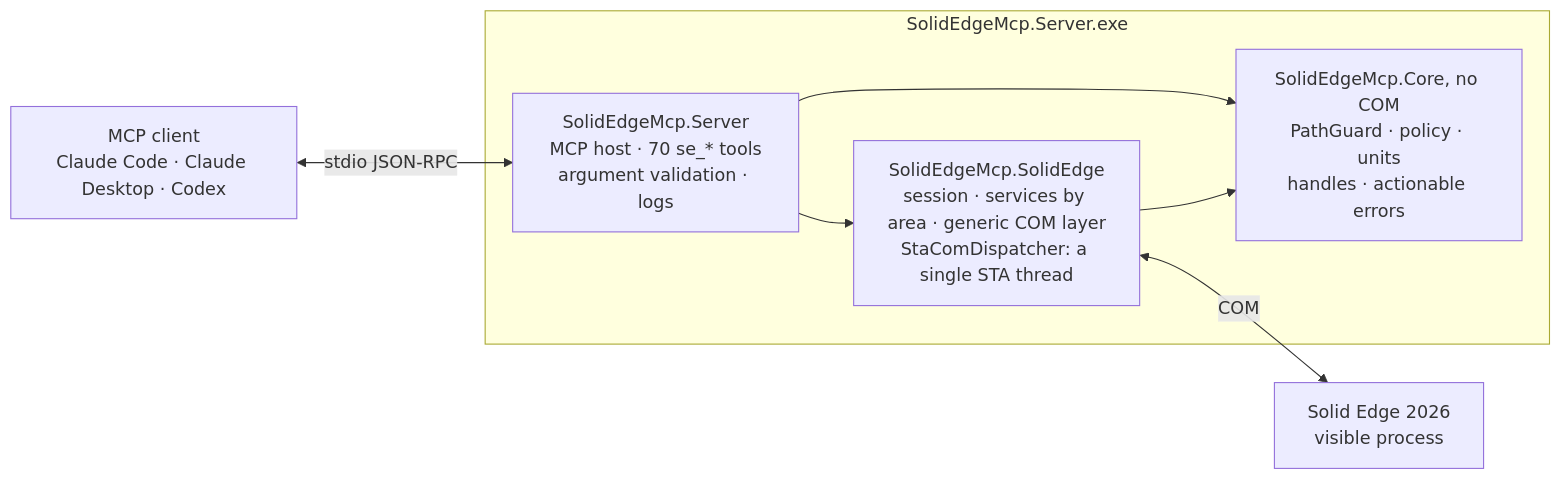
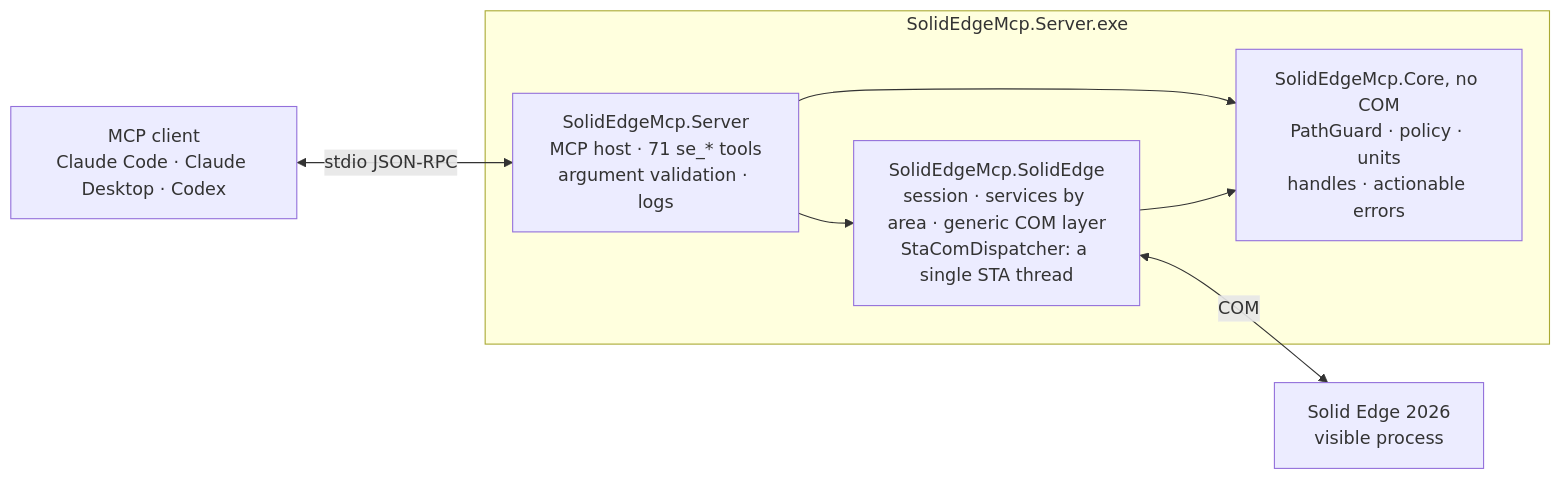
One commit to gabichuuuuu/solid-edge-mcp changed the diagram in README.md. Above: the diagram before and after it, drawn with Mermaid. The commit also changed other lines of this file and 17 other files, not shown here.

````diff
--- a/README.md
+++ b/README.md
@@ -313,18 +314,18 @@
 ```mermaid
 flowchart LR
     client["MCP client<br/>Claude Code · Claude Desktop · Codex"]
 
     subgraph exe ["SolidEdgeMcp.Server.exe"]
-        server["SolidEdgeMcp.Server<br/>MCP host · 70 se_* tools<br/>argument validation · logs"]
+        server["SolidEdgeMcp.Server<br/>MCP host · 71 se_* tools<br/>argument validation · logs"]
         se["SolidEdgeMcp.SolidEdge<br/>session · services by area · generic COM layer<br/>StaComDispatcher: a single STA thread"]
         core["SolidEdgeMcp.Core, no COM<br/>PathGuard · policy · units<br/>handles · actionable errors"]
         server --> se
         server --> core
         se --> core
     end
 
     app["Solid Edge 2026<br/>visible process"]
 
     client <-->|stdio JSON-RPC| server
     se <-->|COM| app
 ```
````
